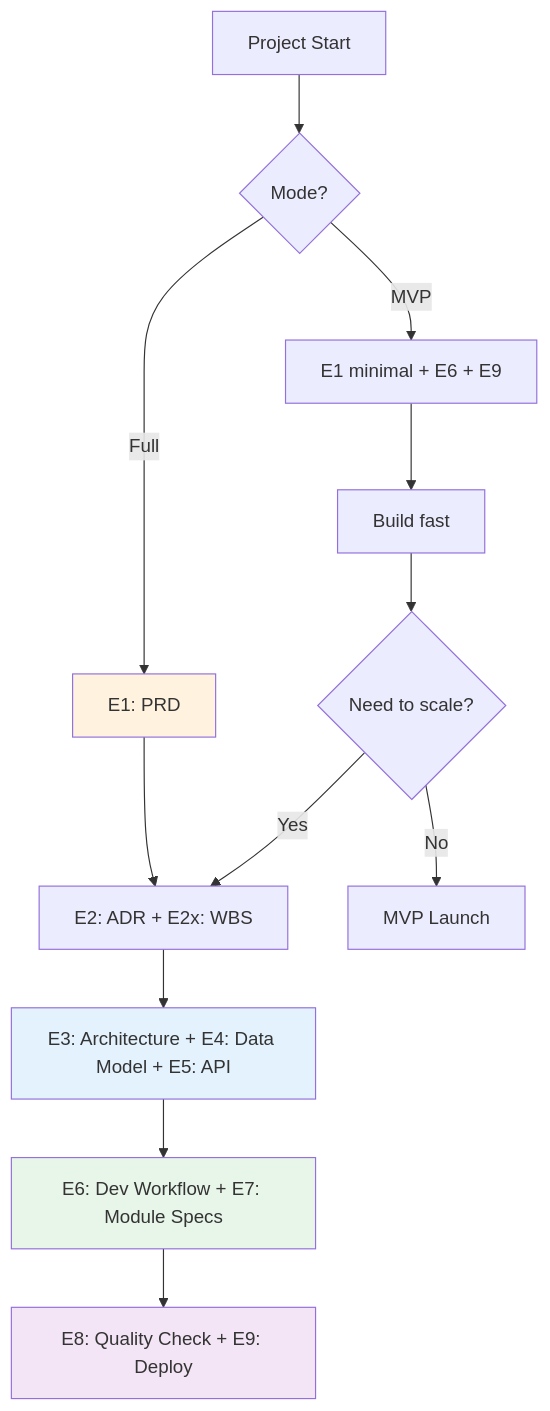
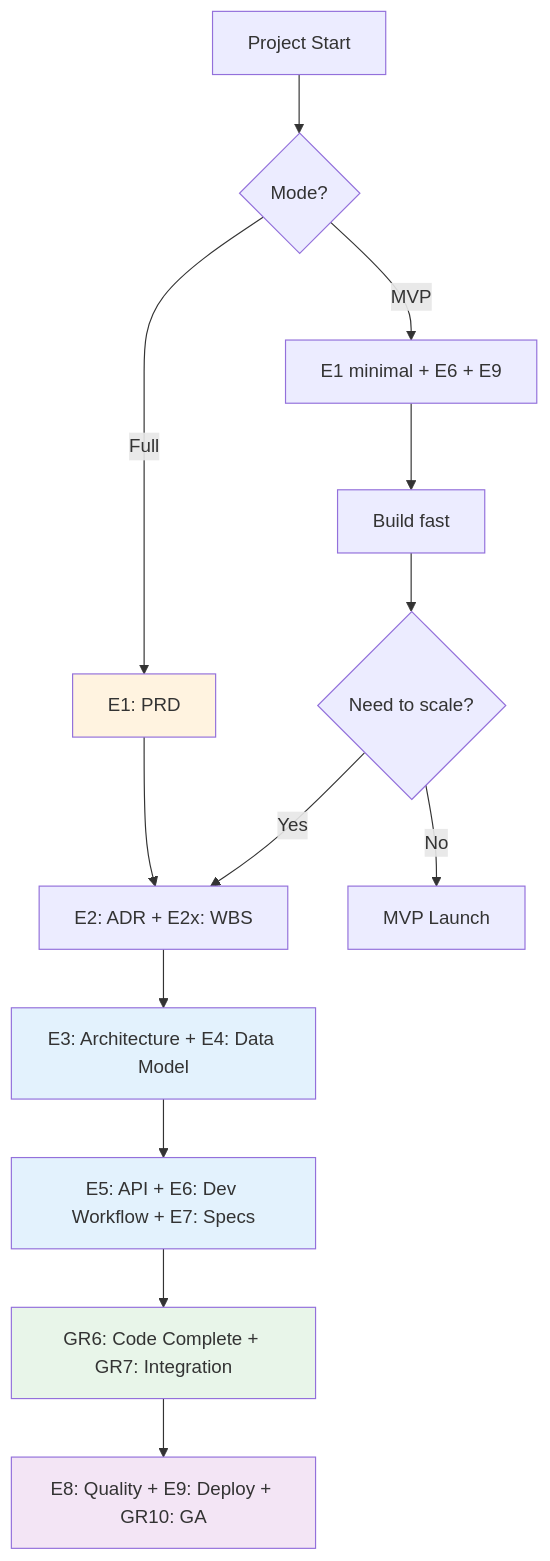
One commit to sunnyDataScience/Smart-Lock_AI_Support_Service_Dispatch_SaaS_Platform changed the diagram in VibeCoding_Workflow_Templates/INDEX.md. Above: the diagram before and after it, drawn with Mermaid. The commit also changed other lines of this file and 163 other files, not shown here.

````diff
--- a/VibeCoding_Workflow_Templates/INDEX.md
+++ b/VibeCoding_Workflow_Templates/INDEX.md
@@ -116,22 +132,24 @@
 ```mermaid
 graph TD
     Start[Project Start] --> Mode{Mode?}
     
     Mode -->|Full| E1[E1: PRD]
     Mode -->|MVP| MVP[E1 minimal + E6 + E9]
     
     E1 --> E2[E2: ADR + E2x: WBS]
-    E2 --> Design[E3: Architecture + E4: Data Model + E5: API]
-    Design --> Build[E6: Dev Workflow + E7: Module Specs]
-    Build --> Ship[E8: Quality Check + E9: Deploy]
+    E2 --> Define[E3: Architecture + E4: Data Model]
+    Define --> Design[E5: API + E6: Dev Workflow + E7: Specs]
+    Design --> Develop[GR6: Code Complete + GR7: Integration]
+    Develop --> Ship[E8: Quality + E9: Deploy + GR10: GA]
     
     MVP --> MVPBuild[Build fast]
     MVPBuild --> MVPGate{Need to scale?}
     MVPGate -->|Yes| E2
     MVPGate -->|No| MVPShip[MVP Launch]
     
     style E1 fill:#fff3e0
+    style Define fill:#e3f2fd
     style Design fill:#e3f2fd
-    style Build fill:#e8f5e9
+    style Develop fill:#e8f5e9
     style Ship fill:#f3e5f5
 ```
````
